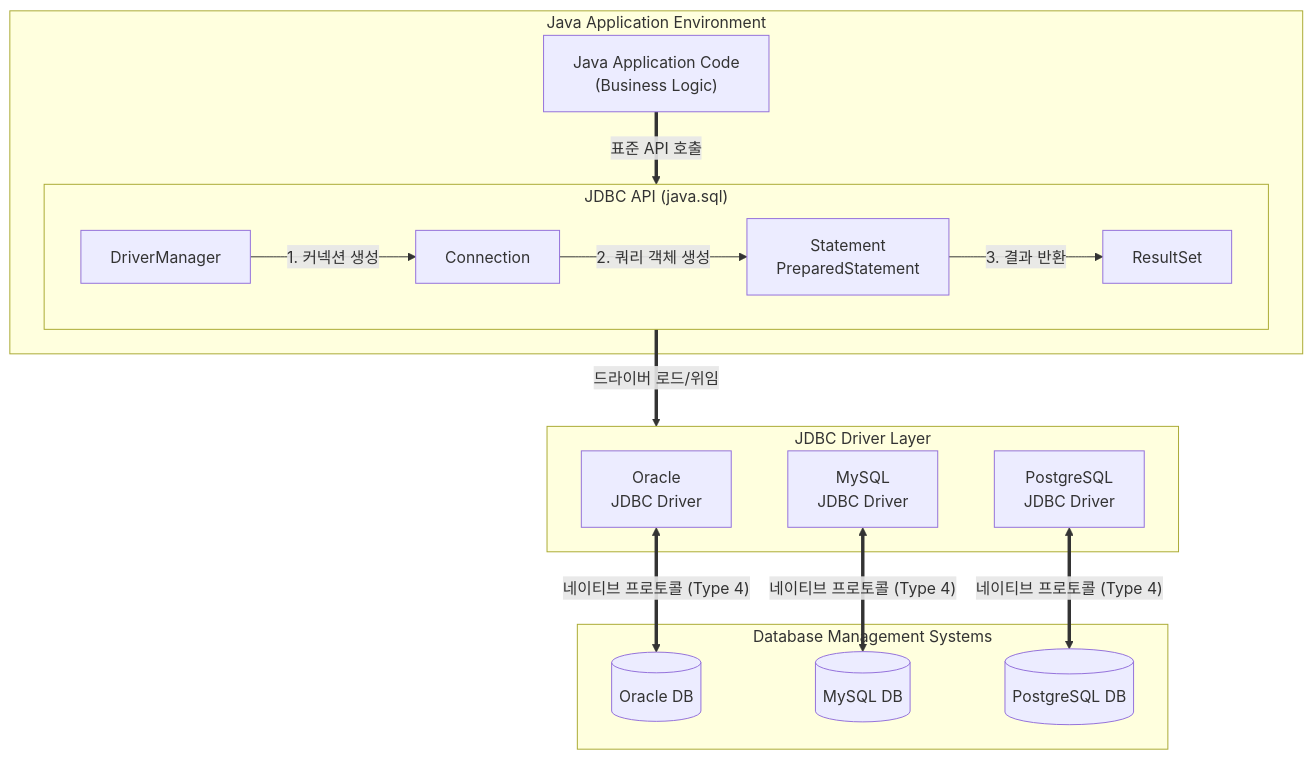
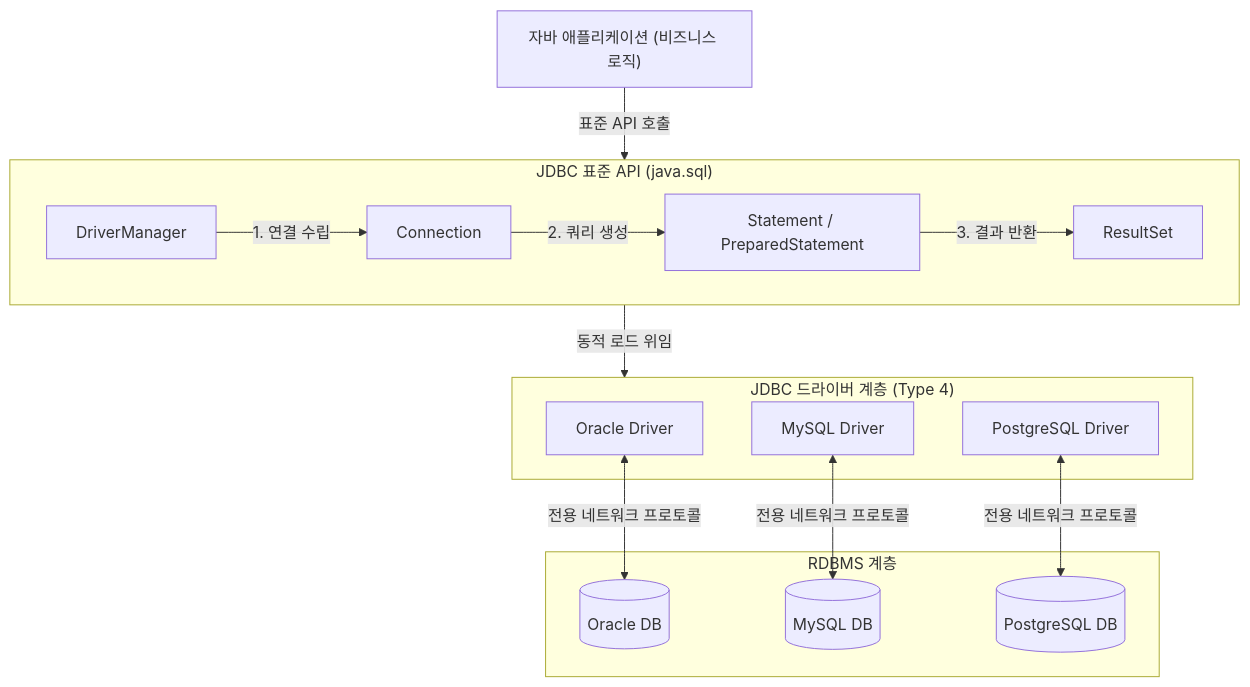
The diagram in content/01_IT Tech/JDBC.md (supremethumb/supremethumb.github.io), drawn with Mermaid before and after one commit. The commit also changed other lines of this file and 362 other files, not shown here.

````diff
--- a/content/01_IT Tech/JDBC.md
+++ b/content/01_IT Tech/JDBC.md
@@ -23,39 +36,34 @@
 ```mermaid
 flowchart TB
-    subgraph Java_Environment["Java Application Environment"]
-        APP["Java Application Code<br/>(Business Logic)"]
+    APP["자바 애플리케이션 (비즈니스 로직)"]
+    
+    subgraph JDBC_API ["JDBC 표준 API (java.sql)"]
+        direction LR
+        DM["DriverManager"]
+        CONN["Connection"]
+        STMT["Statement / PreparedStatement"]
+        RS["ResultSet"]
         
-        subgraph JDBC_API["JDBC API (java.sql)"]
-            direction LR
-            DM["DriverManager"]
-            CONN["Connection"]
-            STMT["Statement<br/>PreparedStatement"]
-            RS["ResultSet"]
-            
-            DM -->|"1. 커넥션 생성"| CONN
-            CONN -->|"2. 쿼리 객체 생성"| STMT
-            STMT -->|"3. 결과 반환"| RS
-        end
+        DM -->|"1. 연결 수립"| CONN
+        CONN -->|"2. 쿼리 생성"| STMT
+        STMT -->|"3. 결과 반환"| RS
     end
 
-    subgraph JDBC_Driver_Manager["JDBC Driver Layer"]
-        D1["Oracle<br/>JDBC Driver"]
-        D2["MySQL<br/>JDBC Driver"]
-        D3["PostgreSQL<br/>JDBC Driver"]
+    subgraph Driver_Layer ["JDBC 드라이버 계층 (Type 4)"]
+        D1["Oracle Driver"]
+        D2["MySQL Driver"]
+        D3["PostgreSQL Driver"]
     end
 
-    subgraph Database_Layer["Database Management Systems"]
+    subgraph DB_Layer ["RDBMS 계층"]
         DB1[("Oracle DB")]
         DB2[("MySQL DB")]
         DB3[("PostgreSQL DB")]
     end
 
-    APP == ""표준 API 호출"" ==> JDBC_API
-    JDBC_API == ""드라이버 로드/위임"" ==> JDBC_Driver_Manager
-    
-    D1 <== "네이티브 프로토콜 (Type 4)" ==> DB1
-    D2 <== "네이티브 프로토콜 (Type 4)" ==> DB2
-    D3 <== "네이티브 프로토콜 (Type 4)" ==> DB3
-
-
+    APP -->|"표준 API 호출"| JDBC_API
+    JDBC_API -->|"동적 로드 위임"| Driver_Layer
+    D1 <-->|"전용 네트워크 프로토콜"| DB1
+    D2 <-->|"전용 네트워크 프로토콜"| DB2
+    D3 <-->|"전용 네트워크 프로토콜"| DB3
 ```
````
